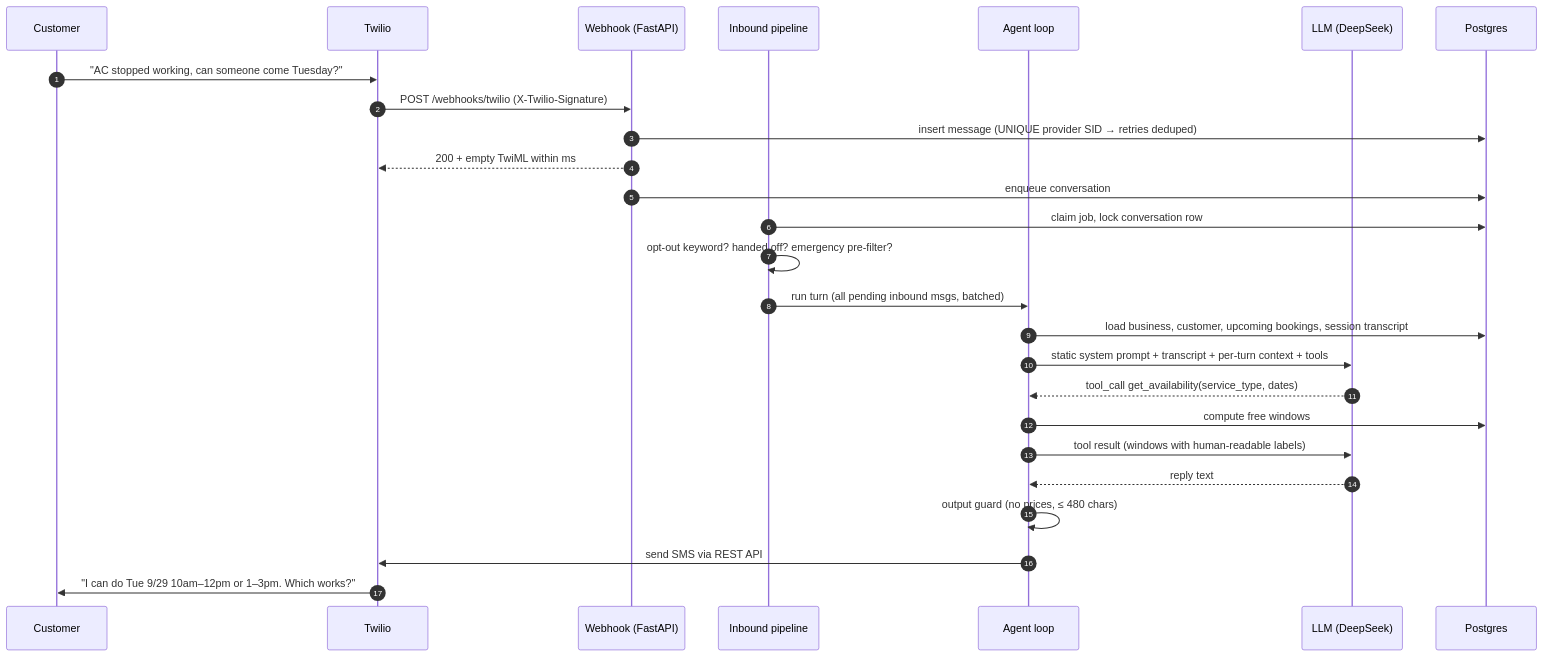
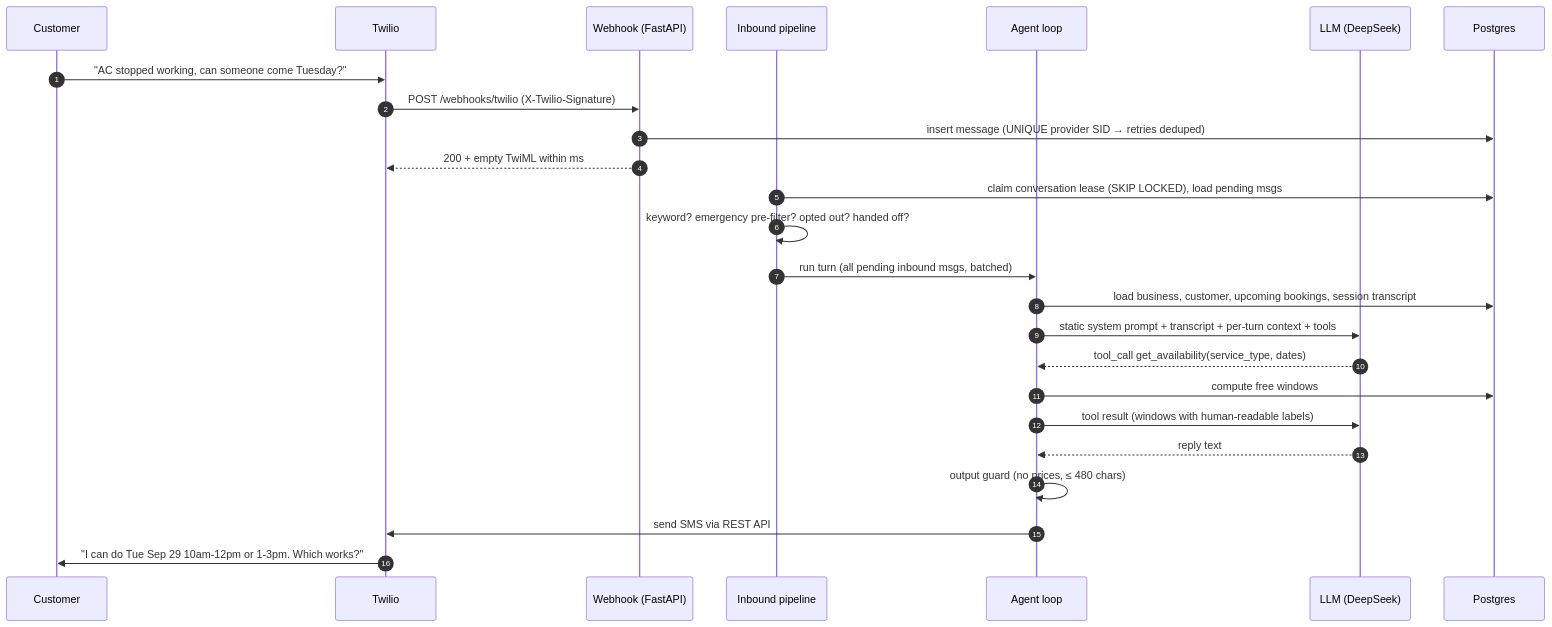
Before and after one commit to anuj13579/sms-booking-agent: the second of 3 diagrams in docs/DESIGN.md, drawn with Mermaid. The commit also changed other lines of this file and 5 other files, not shown here.

````diff
--- a/docs/DESIGN.md
+++ b/docs/DESIGN.md
@@ -68,28 +68,27 @@
 ```mermaid
 sequenceDiagram
   autonumber
   participant C as Customer
   participant T as Twilio
   participant W as Webhook (FastAPI)
   participant P as Inbound pipeline
   participant A as Agent loop
   participant L as LLM (DeepSeek)
   participant D as Postgres
   C->>T: "AC stopped working, can someone come Tuesday?"
   T->>W: POST /webhooks/twilio (X-Twilio-Signature)
   W->>D: insert message (UNIQUE provider SID → retries deduped)
   W-->>T: 200 + empty TwiML within ms
-  W->>D: enqueue conversation
-  P->>D: claim job, lock conversation row
-  P->>P: opt-out keyword? handed off? emergency pre-filter?
+  P->>D: claim conversation lease (SKIP LOCKED), load pending msgs
+  P->>P: keyword? emergency pre-filter? opted out? handed off?
   P->>A: run turn (all pending inbound msgs, batched)
   A->>D: load business, customer, upcoming bookings, session transcript
   A->>L: static system prompt + transcript + per-turn context + tools
   L-->>A: tool_call get_availability(service_type, dates)
   A->>D: compute free windows
   A->>L: tool result (windows with human-readable labels)
   L-->>A: reply text
   A->>A: output guard (no prices, ≤ 480 chars)
   A->>T: send SMS via REST API
-  T->>C: "I can do Tue 9/29 10am–12pm or 1–3pm. Which works?"
+  T->>C: "I can do Tue Sep 29 10am-12pm or 1-3pm. Which works?"
 ```
````
